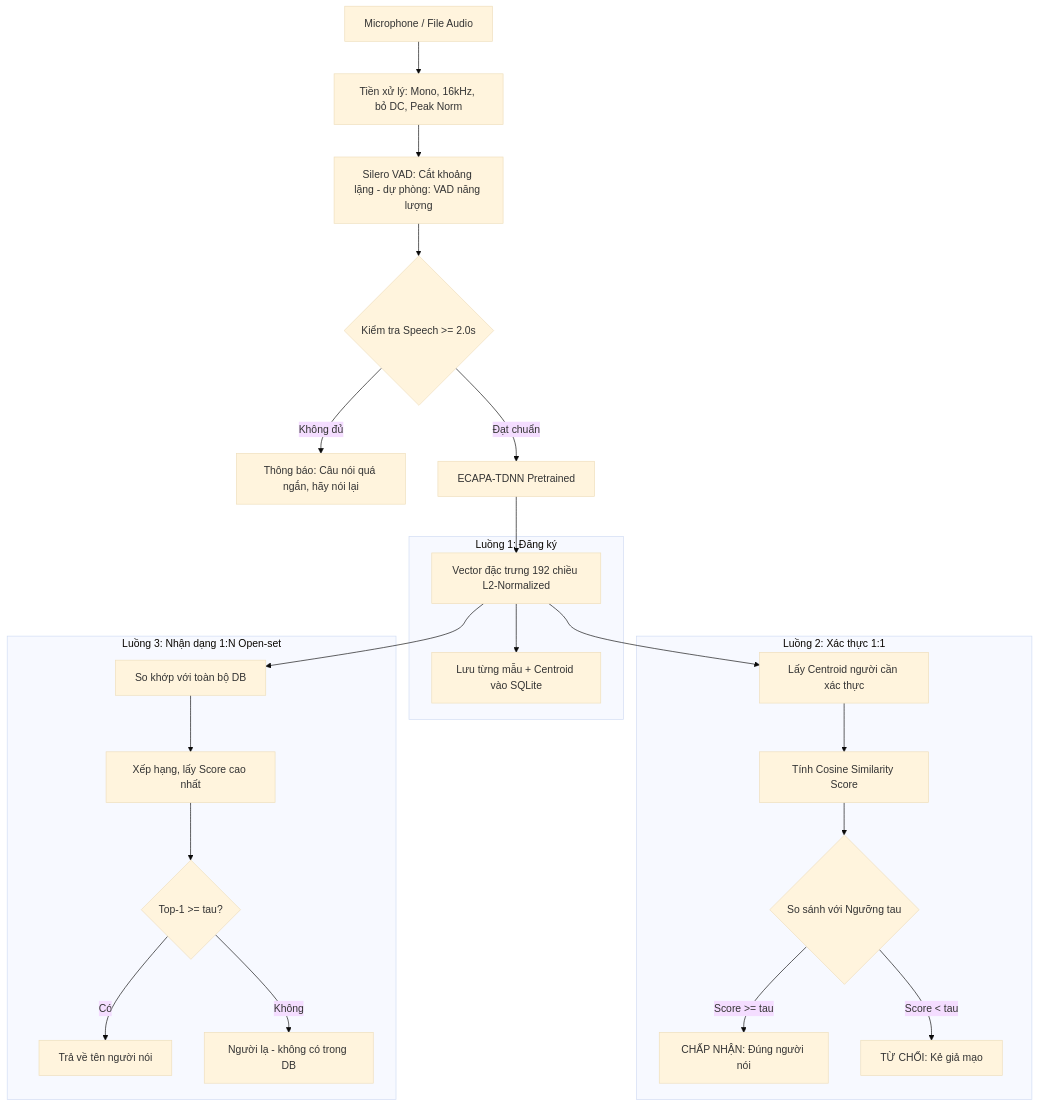
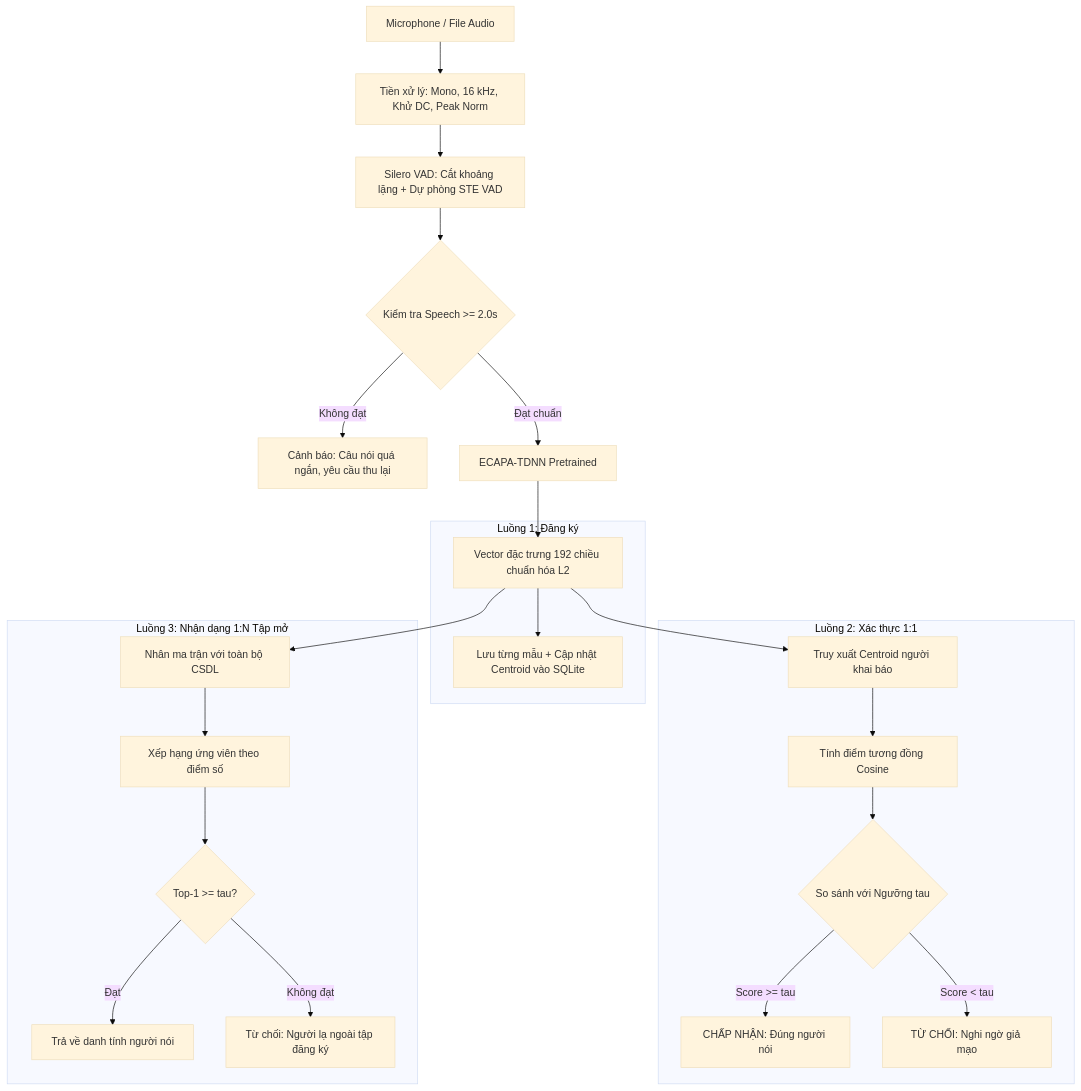
Before and after one commit to PND-027/he-thong-xac-thuc-giong-noi-: the first of 2 diagrams in ARCHITECTURE.md, drawn with Mermaid (base theme). The commit also changed other lines of this file and 47 other files, not shown here.

````diff
--- a/ARCHITECTURE.md
+++ b/ARCHITECTURE.md
@@ -19,29 +18,29 @@
 ```mermaid
 flowchart TD
-    A[Microphone / File Audio] --> B[Tiền xử lý: Mono, 16kHz, bỏ DC, Peak Norm]
-    B --> C[Silero VAD: Cắt khoảng lặng - dự phòng: VAD năng lượng]
-    C --> D{Kiểm tra Speech >= 2.0s}
-    D -- Không đủ --> D1[Thông báo: Câu nói quá ngắn, hãy nói lại]
-    D -- Đạt chuẩn --> E[ECAPA-TDNN Pretrained]
-    E --> F[Vector đặc trưng 192 chiều L2-Normalized]
+    A["Microphone / File Audio"] --> B["Tiền xử lý: Mono, 16 kHz, Khử DC, Peak Norm"]
+    B --> C["Silero VAD: Cắt khoảng lặng + Dự phòng STE VAD"]
+    C --> D{"Kiểm tra Speech >= 2.0s"}
+    D -- "Không đạt" --> D1["Cảnh báo: Câu nói quá ngắn, yêu cầu thu lại"]
+    D -- "Đạt chuẩn" --> E["ECAPA-TDNN Pretrained"]
+    E --> F["Vector đặc trưng 192 chiều chuẩn hóa L2"]
     
-    subgraph Enrollment [Luồng 1: Đăng ký]
-        F --> G[Lưu từng mẫu + Centroid vào SQLite]
+    subgraph Enrollment ["Luồng 1: Đăng ký"]
+        F --> G["Lưu từng mẫu + Cập nhật Centroid vào SQLite"]
     end
 
-    subgraph Verification [Luồng 2: Xác thực 1:1]
-        F --> H[Lấy Centroid người cần xác thực]
-        H --> I[Tính Cosine Similarity Score]
-        I --> J{So sánh với Ngưỡng tau}
-        J -- Score >= tau --> K[CHẤP NHẬN: Đúng người nói]
-        J -- Score < tau --> L[TỪ CHỐI: Kẻ giả mạo]
+    subgraph Verification ["Luồng 2: Xác thực 1:1"]
+        F --> H["Truy xuất Centroid người khai báo"]
+        H --> I["Tính điểm tương đồng Cosine"]
+        I --> J{"So sánh với Ngưỡng tau"}
+        J -- "Score >= tau" --> K["CHẤP NHẬN: Đúng người nói"]
+        J -- "Score < tau" --> L["TỪ CHỐI: Nghi ngờ giả mạo"]
     end
 
-    subgraph Identification [Luồng 3: Nhận dạng 1:N Open-set]
-        F --> M[So khớp với toàn bộ DB]
-        M --> N[Xếp hạng, lấy Score cao nhất]
-        N --> O{Top-1 >= tau?}
-        O -- Có --> P[Trả về tên người nói]
-        O -- Không --> Q[Người lạ - không có trong DB]
+    subgraph Identification ["Luồng 3: Nhận dạng 1:N Tập mở"]
+        F --> M["Nhân ma trận với toàn bộ CSDL"]
+        M --> N["Xếp hạng ứng viên theo điểm số"]
+        N --> O{"Top-1 >= tau?"}
+        O -- "Đạt" --> P["Trả về danh tính người nói"]
+        O -- "Không đạt" --> Q["Từ chối: Người lạ ngoài tập đăng ký"]
     end
 ```
````
